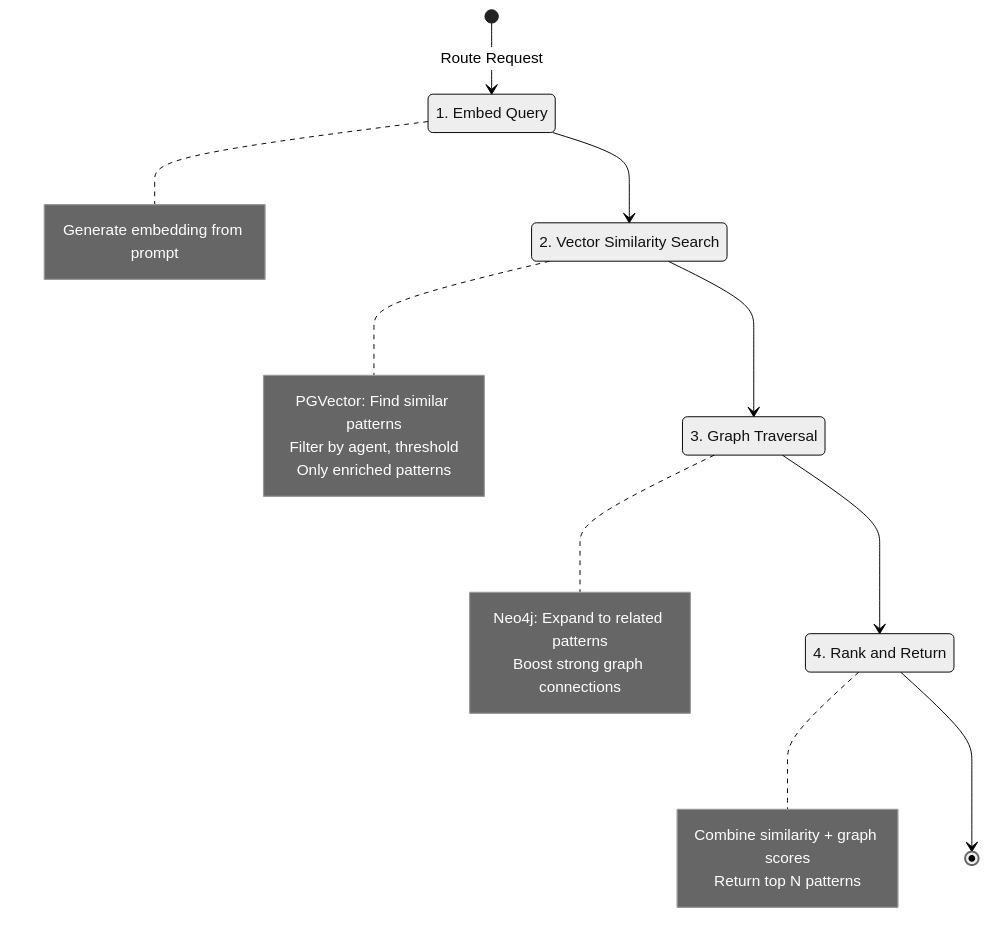
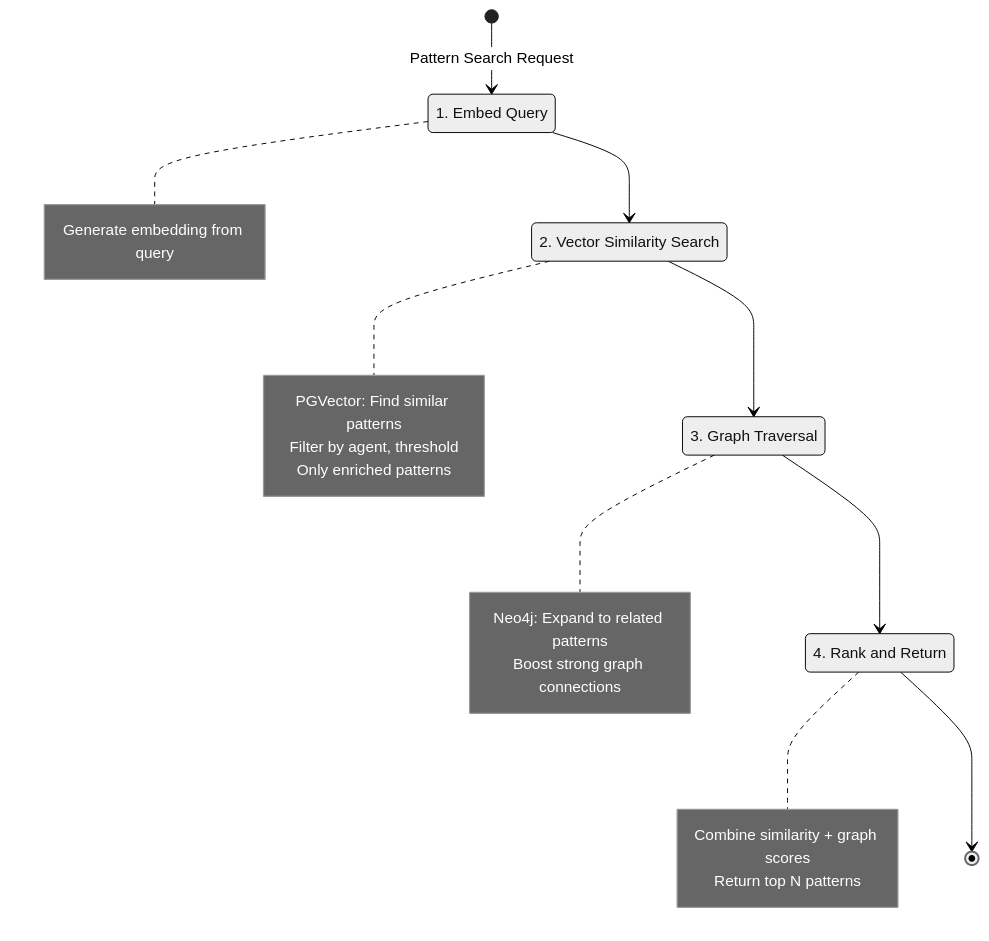
Before and after one commit to twistingmercury/mnemonic-mcp: the third of 6 diagrams in docs/design/pattern-processing.md, drawn with Mermaid (neutral theme). The commit also changed other lines of this file and 63 other files, not shown here.

````diff
--- a/docs/design/pattern-processing.md
+++ b/docs/design/pattern-processing.md
@@ -228,36 +230,36 @@
 ```mermaid
 stateDiagram-v2
-    [*] --> EmbedQuery: Route Request
+    [*] --> EmbedQuery: Pattern Search Request
 
     state "1. Embed Query" as EmbedQuery
     note right of EmbedQuery
-        Generate embedding from prompt
+        Generate embedding from query
     end note
 
     EmbedQuery --> VectorSearch
 
     state "2. Vector Similarity Search" as VectorSearch
     note right of VectorSearch
         PGVector: Find similar patterns
         Filter by agent, threshold
         Only enriched patterns
     end note
 
     VectorSearch --> GraphTraversal
 
     state "3. Graph Traversal" as GraphTraversal
     note right of GraphTraversal
         Neo4j: Expand to related patterns
         Boost strong graph connections
     end note
 
     GraphTraversal --> RankAndReturn
 
     state "4. Rank and Return" as RankAndReturn
     note right of RankAndReturn
         Combine similarity + graph scores
         Return top N patterns
     end note
 
     RankAndReturn --> [*]
 ```
````
